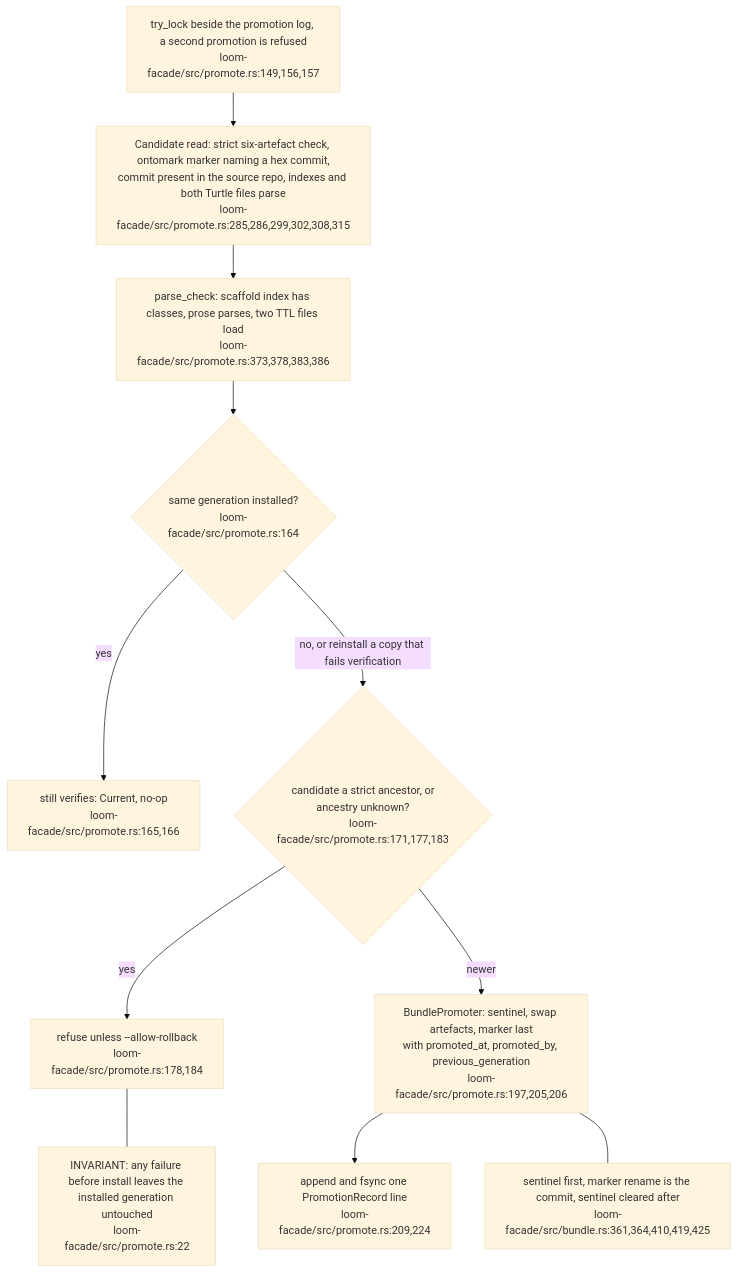
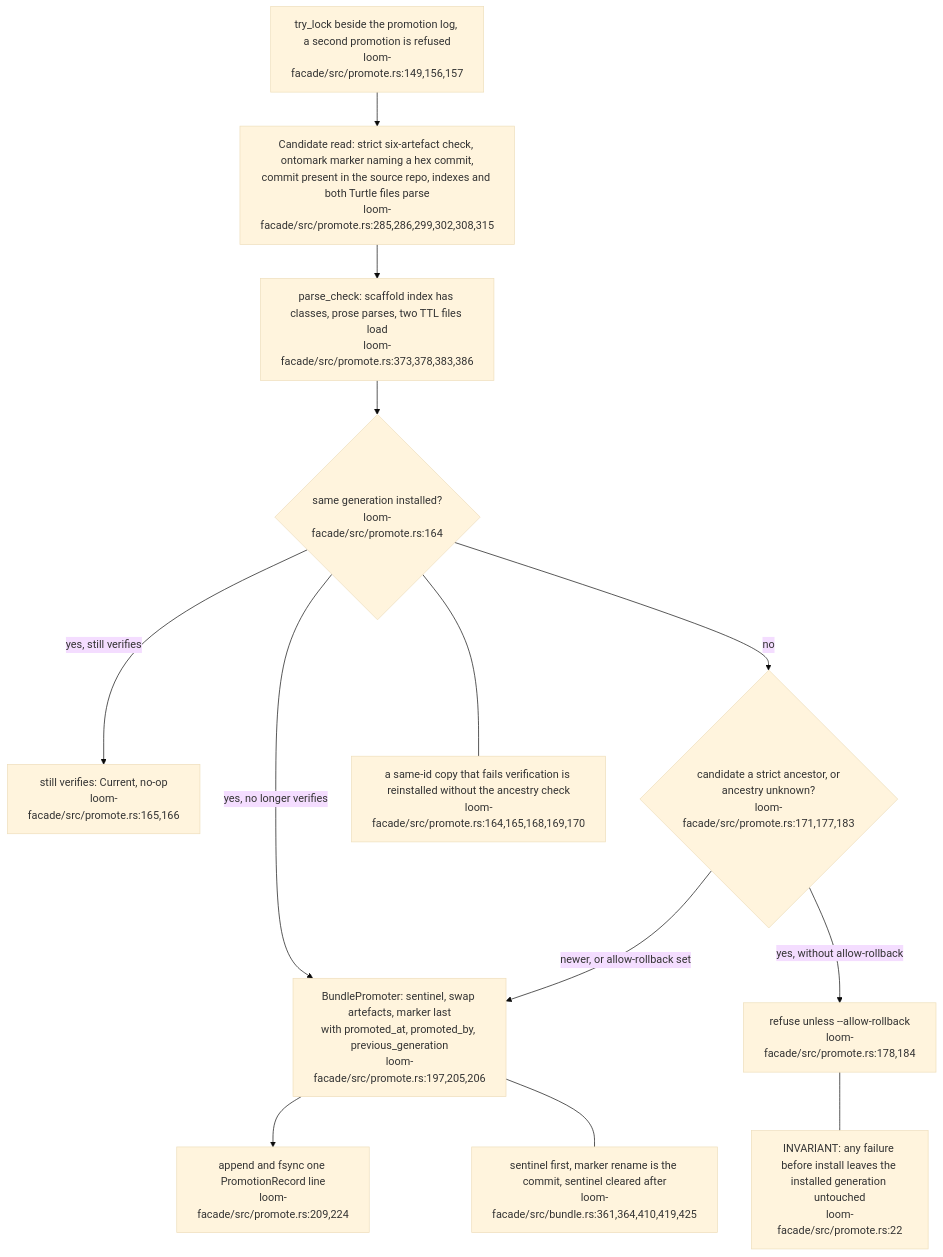
The second of 6 diagrams in docs/diagrams/loom/05-generation-build-promote-reload-and-fallback.md (DreamLab-AI/VisionFlow), drawn with Mermaid (base theme) before and after one commit. The commit also changed other lines of this file and 2 other files, not shown here.

Commit message:
diagrams(loom): correct LM-05.2 promotion branches, add the config surface
- LM-05.2: a same-id copy that no longer verifies is reinstalled without
  the ancestry check, and --allow-rollback installs directly; the diagram
  had routed both through is_older (promote.rs:163-193).
- LM-05.3: add the missing exit when the restart command fails.
- LM-02.7: new diagram of the whole Config env surface, the reads that
  live outside it, and the Python-parity defaults for max_seeds and prose.
- LM-04: mark that non-streaming passthrough still passes through the
  adapter's stream strip and token floor, and that the README's "off by
  default" Jev contrasts with both compose profiles defaulting it on.

Scoped gate: 1018 citations verified, 35 of 35 diagrams rendered.

````diff
--- a/docs/diagrams/loom/05-generation-build-promote-reload-and-fallback.md
+++ b/docs/diagrams/loom/05-generation-build-promote-reload-and-fallback.md
@@ -66,23 +66,27 @@
 ```mermaid
 flowchart TB
     LOCK["try_lock beside the promotion log, a second promotion is refused<br/>loom-facade/src/promote.rs:149,156,157"]
     CAND["Candidate read: strict six-artefact check, ontomark marker naming a hex commit,<br/>commit present in the source repo, indexes and both Turtle files parse<br/>loom-facade/src/promote.rs:285,286,299,302,308,315"]
     PARSE["parse_check: scaffold index has classes, prose parses, two TTL files load<br/>loom-facade/src/promote.rs:373,378,383,386"]
     SAME{"same generation installed?<br/>loom-facade/src/promote.rs:164"}
     CUR["still verifies: Current, no-op<br/>loom-facade/src/promote.rs:165,166"]
     OLDER{"candidate a strict ancestor, or<br/>ancestry unknown?<br/>loom-facade/src/promote.rs:171,177,183"}
     REFUSE["refuse unless --allow-rollback<br/>loom-facade/src/promote.rs:178,184"]
     INSTALL["BundlePromoter: sentinel, swap artefacts, marker last<br/>with promoted_at, promoted_by, previous_generation<br/>loom-facade/src/promote.rs:197,205,206"]
     LOG["append and fsync one PromotionRecord line<br/>loom-facade/src/promote.rs:209,224"]
     LOCK --> CAND
     CAND --> PARSE
     PARSE --> SAME
-    SAME -->|yes| CUR
-    SAME -->|"no, or reinstall a copy that fails verification"| OLDER
-    OLDER -->|yes| REFUSE
-    OLDER -->|newer| INSTALL --> LOG
+    SAME -->|yes, still verifies| CUR
+    SAME -->|yes, no longer verifies| INSTALL
+    SAME -->|no| OLDER
+    OLDER -->|yes, without allow-rollback| REFUSE
+    OLDER -->|newer, or allow-rollback set| INSTALL
+    INSTALL --> LOG
+    REPAIR["a same-id copy that fails verification is reinstalled without the ancestry check<br/>loom-facade/src/promote.rs:164,165,168,169,170"]
+    SAME --- REPAIR
     SWAP["sentinel first, marker rename is the commit, sentinel cleared after<br/>loom-facade/src/bundle.rs:361,364,410,419,425"]
     INSTALL --- SWAP
     INV["INVARIANT: any failure before install leaves the installed generation untouched<br/>loom-facade/src/promote.rs:22"]
     REFUSE --- INV
 ```
````
